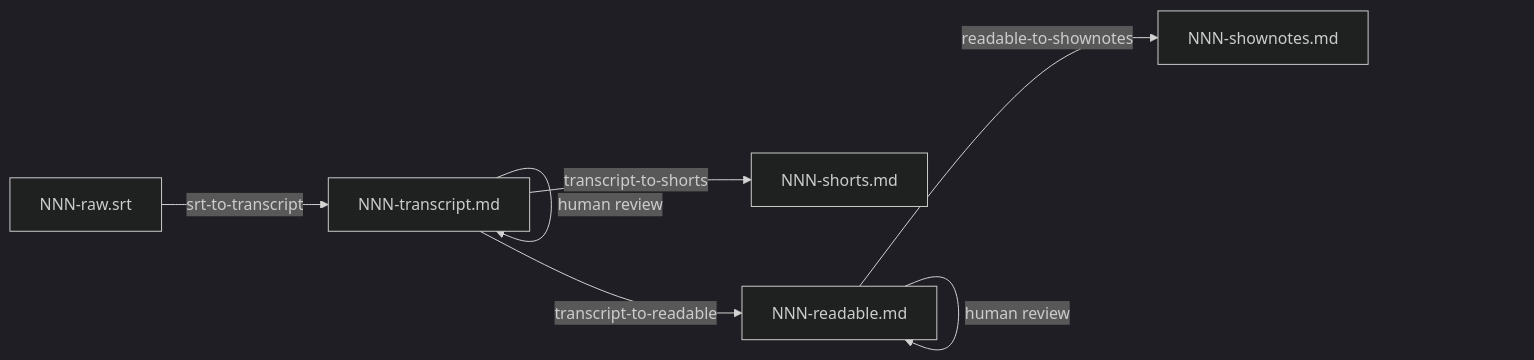
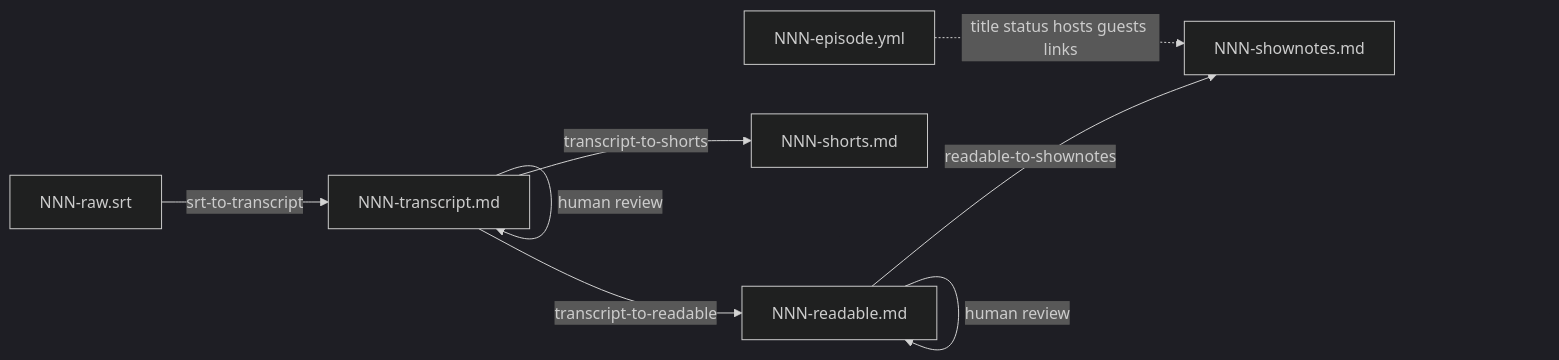
Before and after one commit to s-tikhomirov/basicblockradio: the diagram in README.md, drawn with Mermaid (dark theme). The commit also changed other lines of this file and 98 other files, not shown here.

````diff
--- a/README.md
+++ b/README.md
@@ -50,14 +49,16 @@
 ```mermaid
 flowchart LR
   SRT[NNN-raw.srt]
   T[NNN-transcript.md]
   R[NNN-readable.md]
   SN[NNN-shownotes.md]
   SH[NNN-shorts.md]
+  Y[NNN-episode.yml]
   SRT -->|srt-to-transcript| T
   T -->|human review| T
   T -->|transcript-to-readable| R
   R -->|human review| R
   R -->|readable-to-shownotes| SN
   T -->|transcript-to-shorts| SH
+  Y -.->|title status hosts guests links| SN
 ```
````
